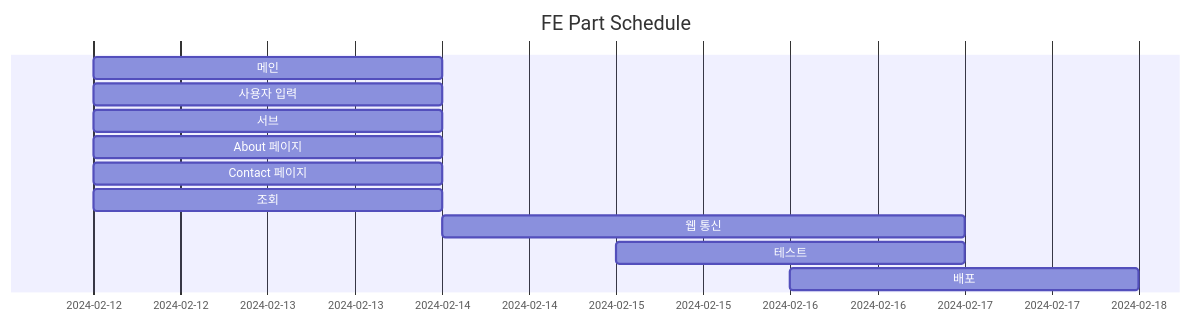
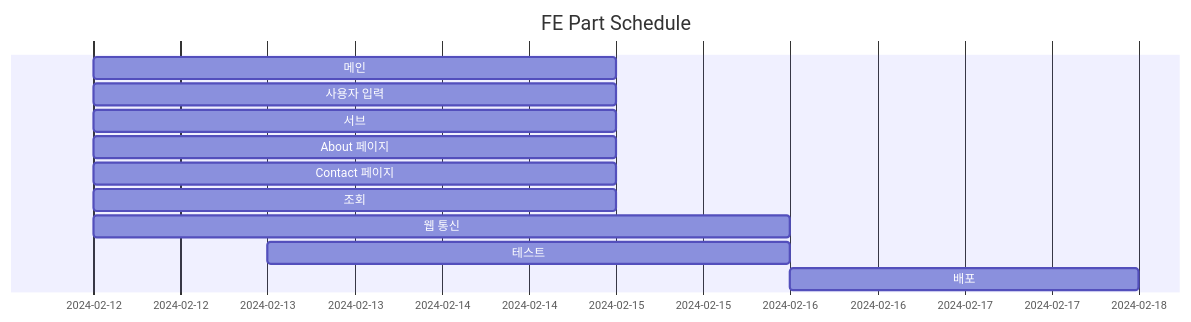
The second of 2 diagrams in README.md (TheRealParkJoohyung/product-pricing), drawn with Mermaid before and after one commit.

````diff
--- a/README.md
+++ b/README.md
@@ -61,16 +61,15 @@
 ```mermaid
 gantt
     todayMarker off
     title FE Part Schedule
     dateFormat YYYY-MM-DD
-        메인 :2024-02-12, 2d
-        사용자 입력 :2024-02-12, 2d
-        서브 :2024-02-12, 2d
-        About 페이지 :2024-02-12, 2d
-        Contact 페이지 :2024-02-12, 2d
-        조회 :2024-02-12, 2d
-        웹 통신 :2024-02-14, 3d
-        테스트 :2024-02-15, 2d
+        메인 :2024-02-12, 3d
+        사용자 입력 :2024-02-12, 3d
+        서브 :2024-02-12, 3d
+        About 페이지 :2024-02-12, 3d
+        Contact 페이지 :2024-02-12, 3d
+        조회 :2024-02-12, 3d
+        웹 통신 :2024-02-12, 4d
+        테스트 :2024-02-13, 3d
         배포 :2024-02-16, 2d
-
 ```
````
